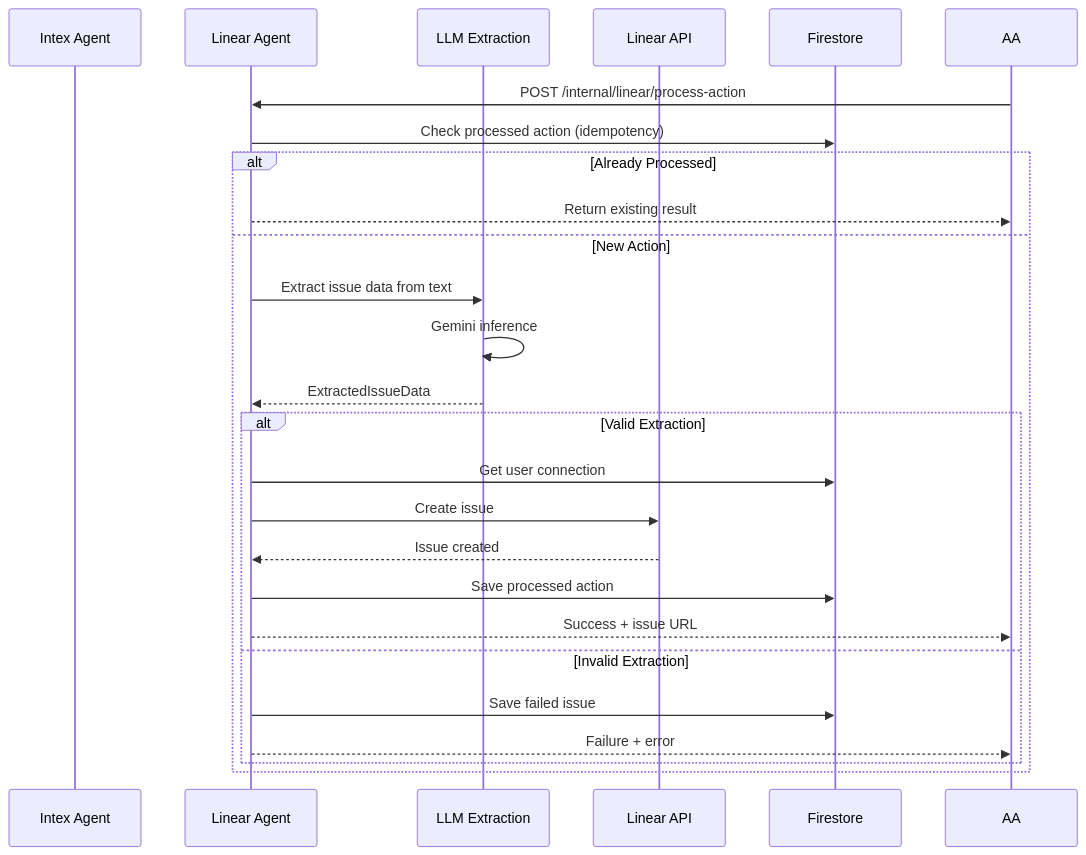
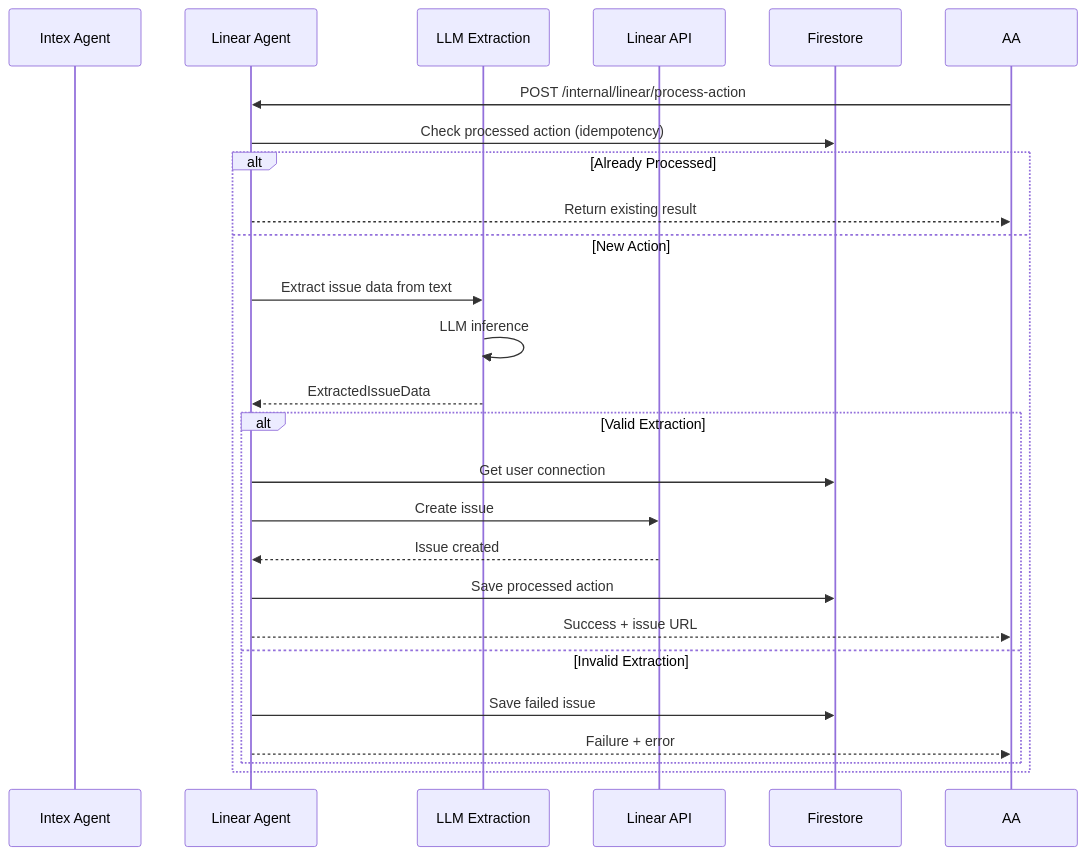
The second of 5 diagrams in docs/services/linear-agent/technical.md (pbuchman/intexuraos), drawn with Mermaid before and after one commit. The commit also changed other lines of this file and 267 other files, not shown here.

````diff
--- a/docs/services/linear-agent/technical.md
+++ b/docs/services/linear-agent/technical.md
@@ -130,28 +130,28 @@
 ```mermaid
 sequenceDiagram
     participant Intex as Intex Agent
     participant LA as Linear Agent
     participant LES as LLM Extraction
     participant Linear as Linear API
     participant FS as Firestore
 
     AA->>LA: POST /internal/linear/process-action
     LA->>FS: Check processed action (idempotency)
     alt Already Processed
         LA-->>AA: Return existing result
     else New Action
         LA->>LES: Extract issue data from text
-        LES->>LES: Gemini inference
+        LES->>LES: LLM inference
         LES-->>LA: ExtractedIssueData
         alt Valid Extraction
             LA->>FS: Get user connection
             LA->>Linear: Create issue
             Linear-->>LA: Issue created
             LA->>FS: Save processed action
             LA-->>AA: Success + issue URL
         else Invalid Extraction
             LA->>FS: Save failed issue
             LA-->>AA: Failure + error
         end
     end
 ```
````
